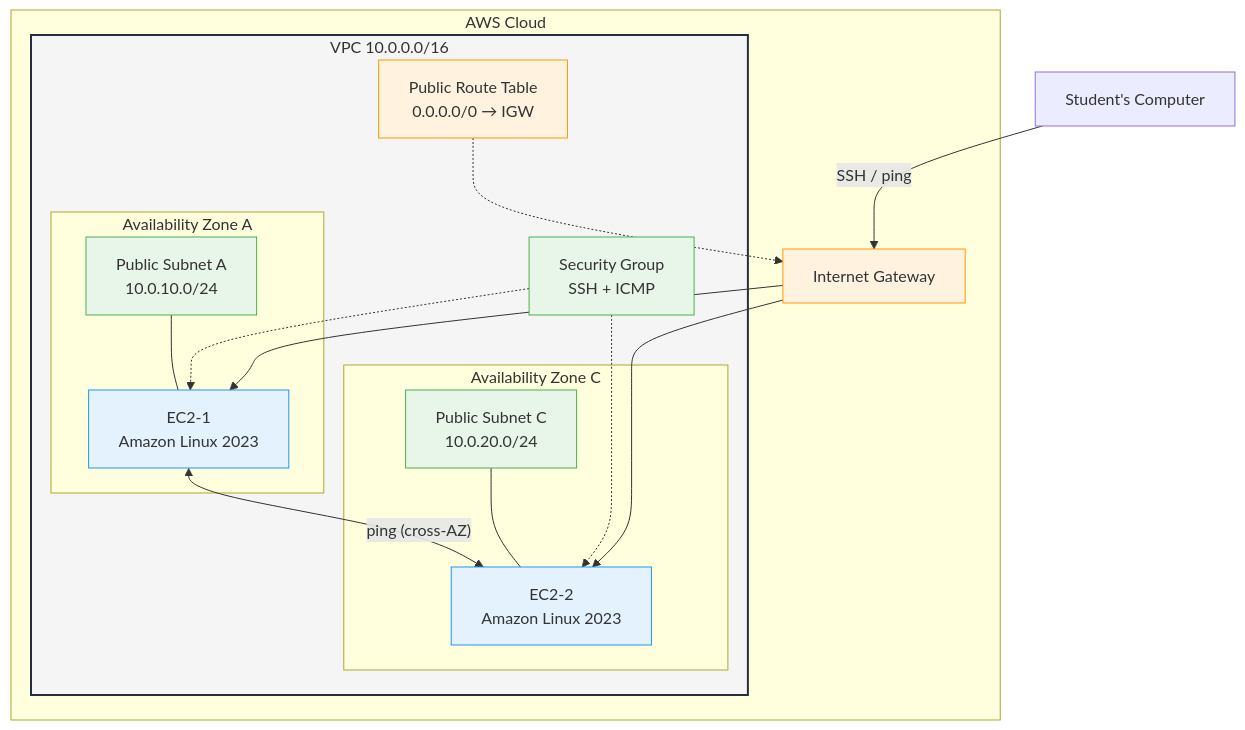
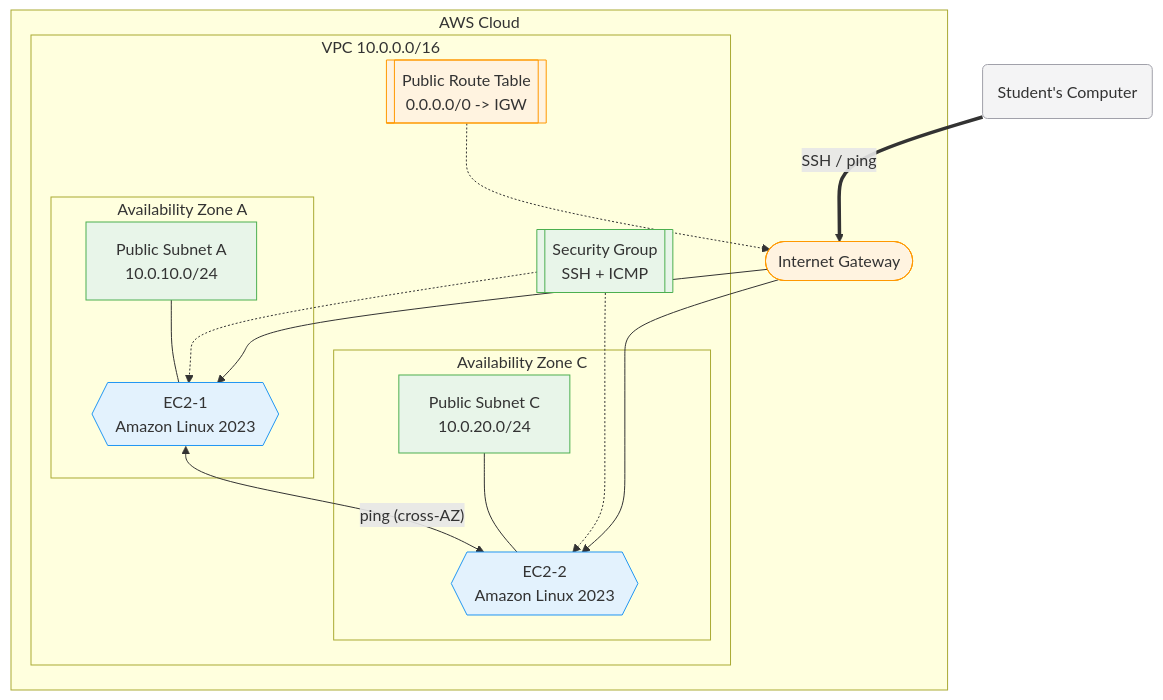
One commit to gamaware/system-design-course changed the diagram in 08-cloud-networking-vpc/README.md. Above: the diagram before and after it, drawn with Mermaid. The commit also changed 7 other files, not shown here.

Commit message:
feat: enhance Mermaid diagrams with semantic shapes and styling

````diff
--- a/08-cloud-networking-vpc/README.md
+++ b/08-cloud-networking-vpc/README.md
@@ -58,49 +58,51 @@
 ```mermaid
 graph TB
-    subgraph AWS["AWS Cloud"]
-        subgraph VPC["VPC 10.0.0.0/16"]
+    subgraph AWS ["AWS Cloud"]
+        subgraph VPC ["VPC 10.0.0.0/16"]
             %% Availability Zone A
-            subgraph AZA["Availability Zone A"]
+            subgraph AZA ["Availability Zone A"]
                 SUBA["Public Subnet A<br>10.0.10.0/24"]
-                EC2_1["EC2-1<br>Amazon Linux 2023"]
+                EC2_1{{"EC2-1<br>Amazon Linux 2023"}}
             end
 
             %% Availability Zone C
-            subgraph AZC["Availability Zone C"]
+            subgraph AZC ["Availability Zone C"]
                 SUBC["Public Subnet C<br>10.0.20.0/24"]
-                EC2_2["EC2-2<br>Amazon Linux 2023"]
+                EC2_2{{"EC2-2<br>Amazon Linux 2023"}}
             end
 
-            RT["Public Route Table<br>0.0.0.0/0 → IGW"]
-            SG["Security Group<br>SSH + ICMP"]
+            RT[["Public Route Table<br>0.0.0.0/0 -> IGW"]]
+            SG[["Security Group<br>SSH + ICMP"]]
         end
 
-        IGW["Internet Gateway"]
+        IGW(["Internet Gateway"])
     end
 
     %% External access
-    STUDENT["Student's Computer"]
+    STUDENT("Student's Computer")
 
     %% Connections
-    STUDENT -->|"SSH / ping"| IGW
+    STUDENT ==>|"SSH / ping"| IGW
     IGW --> EC2_1
     IGW --> EC2_2
     EC2_1 <-->|"ping (cross-AZ)"| EC2_2
 
     %% Associations
     RT -.-> IGW
     SG -.-> EC2_1
     SG -.-> EC2_2
     SUBA --- EC2_1
     SUBC --- EC2_2
 
-    %% Styling
-    style VPC fill:#f5f5f5,stroke:#232F3E,stroke-width:2px
-    style SUBA fill:#E8F5E9,stroke:#4CAF50
-    style SUBC fill:#E8F5E9,stroke:#4CAF50
-    style EC2_1 fill:#E3F2FD,stroke:#2196F3
-    style EC2_2 fill:#E3F2FD,stroke:#2196F3
-    style IGW fill:#FFF3E0,stroke:#FF9800
-    style RT fill:#FFF3E0,stroke:#FF9800
-    style SG fill:#E8F5E9,stroke:#4CAF50
+    %% Class definitions
+    classDef aws fill:#ff9900,stroke:#232f3e,color:#fff
+    classDef subnet fill:#E8F5E9,stroke:#4CAF50
+    classDef compute fill:#E3F2FD,stroke:#2196F3
+    classDef network fill:#FFF3E0,stroke:#FF9800
+    classDef user fill:#f4f4f5,stroke:#a1a1aa
+
+    class IGW,RT network
+    class SUBA,SUBC,SG subnet
+    class EC2_1,EC2_2 compute
+    class STUDENT user
 ```
````
